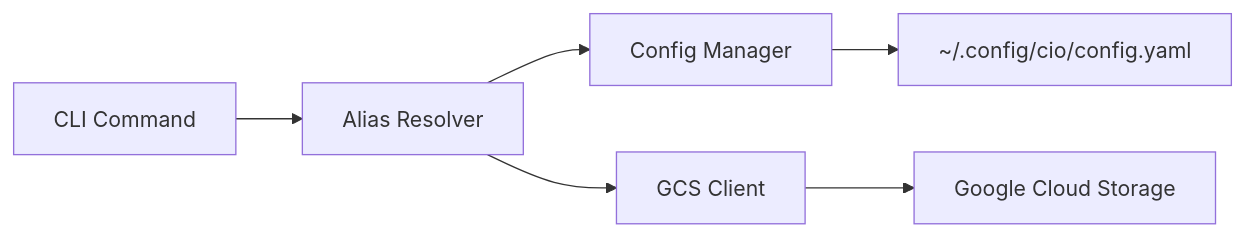
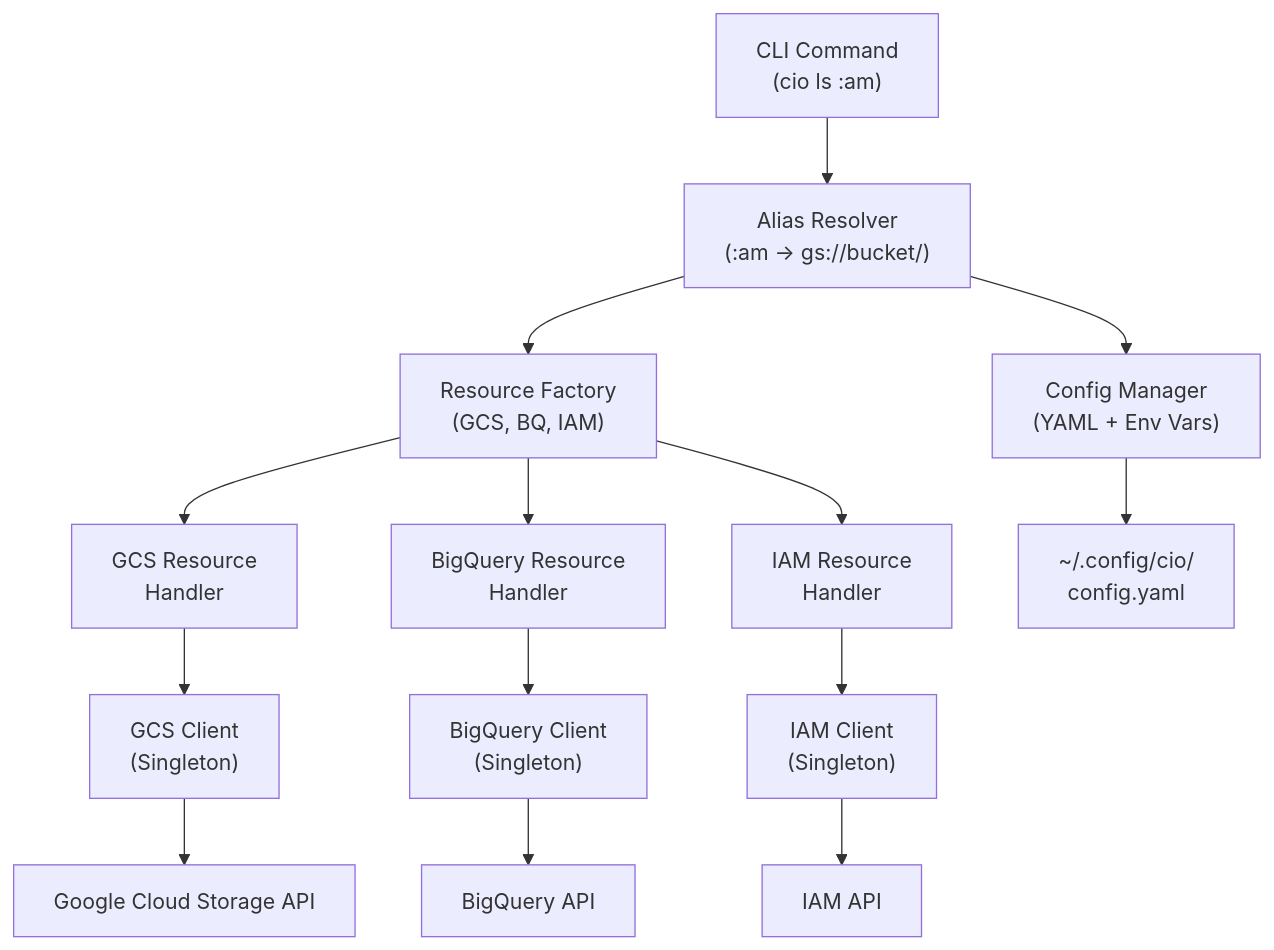
Before and after one commit to thieso2/cio: the first of 3 diagrams in README.md, drawn with Mermaid. The commit also changed other lines of this file and 4 other files, not shown here.

First line of the commit message:
docs: Add mermaid architecture diagrams across documentation

````diff
--- a/README.md
+++ b/README.md
@@ -672,8 +674,28 @@
 ```mermaid
-graph LR
-    CLI[CLI Command] --> Resolver[Alias Resolver]
-    Resolver --> Config[Config Manager]
-    Resolver --> Storage[GCS Client]
-    Storage --> GCS[Google Cloud Storage]
-    Config --> YAML[~/.config/cio/config.yaml]
+graph TB
+    CLI["CLI Command<br/>(cio ls :am)"]
+    Resolver["Alias Resolver<br/>(:am → gs://bucket/)"]
+    Config["Config Manager<br/>(YAML + Env Vars)"]
+    Factory["Resource Factory<br/>(GCS, BQ, IAM)"]
+    GCS["GCS Resource<br/>Handler"]
+    BQ["BigQuery Resource<br/>Handler"]
+    IAM["IAM Resource<br/>Handler"]
+    Storage["GCS Client<br/>(Singleton)"]
+    BigQuery["BigQuery Client<br/>(Singleton)"]
+    IAMClient["IAM Client<br/>(Singleton)"]
+
+    CLI --> Resolver
+    Resolver --> Config
+    Resolver --> Factory
+    Factory --> GCS
+    Factory --> BQ
+    Factory --> IAM
+    GCS --> Storage
+    BQ --> BigQuery
+    IAM --> IAMClient
+    Storage --> GCPAPI["Google Cloud Storage API"]
+    BigQuery --> BQAPI["BigQuery API"]
+    IAMClient --> IAMAPI["IAM API"]
+
+    Config --> YAML["~/.config/cio/<br/>config.yaml"]
 ```
````
